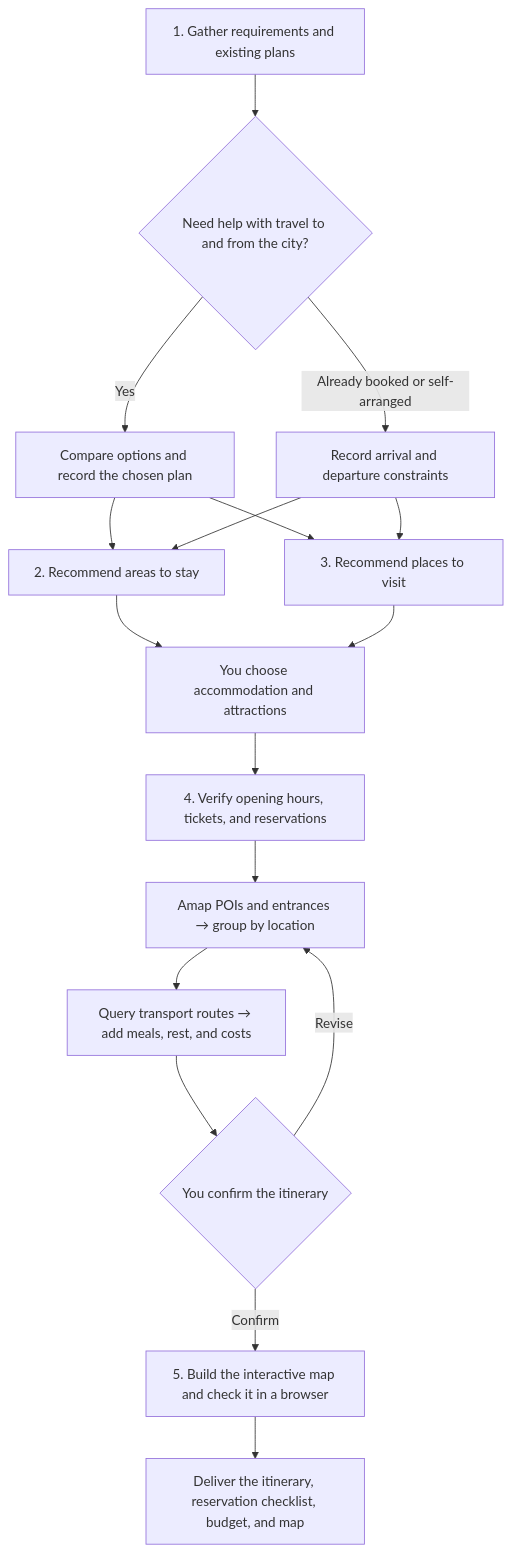
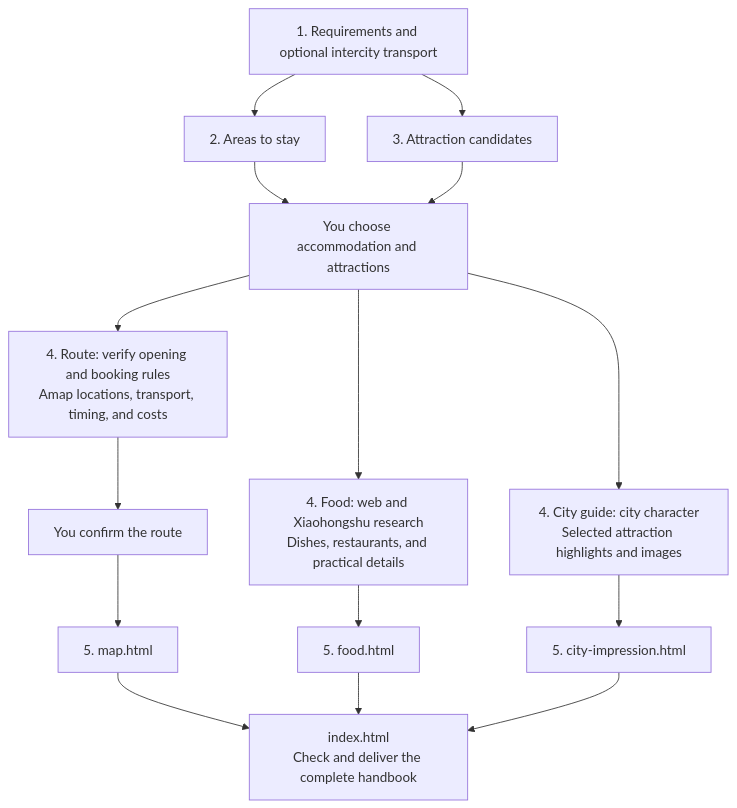
One commit to megumi-ben/marco-polo.skill changed the diagram in README.md. Above: the diagram before and after it, drawn with Mermaid. The commit also changed other lines of this file and 8 other files, not shown here.

````diff
--- a/README.md
+++ b/README.md
@@ -159,19 +179,17 @@
 ```mermaid
 flowchart TD
-    A["1. Gather requirements and existing plans"] --> B{"Need help with travel to and from the city?"}
-    B -->|Yes| C["Compare options and record the chosen plan"]
-    B -->|Already booked or self-arranged| D["Record arrival and departure constraints"]
-    C --> E["2. Recommend areas to stay"]
-    D --> E
-    C --> F["3. Recommend places to visit"]
-    D --> F
-    E --> G["You choose accommodation and attractions"]
-    F --> G
-    G --> H["4. Verify opening hours, tickets, and reservations"]
-    H --> I["Amap POIs and entrances → group by location"]
-    I --> J["Query transport routes → add meals, rest, and costs"]
-    J --> K{"You confirm the itinerary"}
-    K -->|Revise| I
-    K -->|Confirm| L["5. Build the interactive map and check it in a browser"]
-    L --> M["Deliver the itinerary, reservation checklist, budget, and map"]
+    A["1. Requirements and optional intercity transport"] --> B["2. Areas to stay"]
+    A --> C["3. Attraction candidates"]
+    B --> D["You choose accommodation and attractions"]
+    C --> D
+    D --> E["4. Route: verify opening and booking rules<br/>Amap locations, transport, timing, and costs"]
+    D --> F["4. Food: web and Xiaohongshu research<br/>Dishes, restaurants, and practical details"]
+    D --> G["4. City guide: city character<br/>Selected attraction highlights and images"]
+    E --> H["You confirm the route"]
+    H --> I["5. map.html"]
+    F --> J["5. food.html"]
+    G --> K["5. city-impression.html"]
+    I --> L["index.html<br/>Check and deliver the complete handbook"]
+    J --> L
+    K --> L
 ```
````
